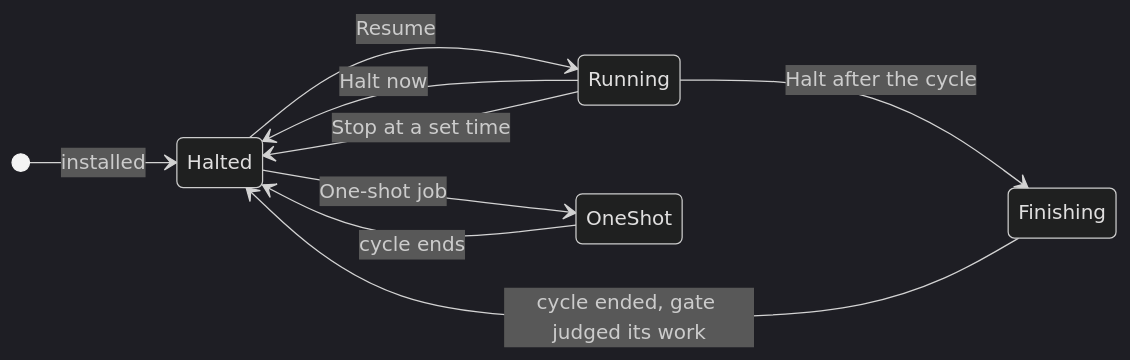
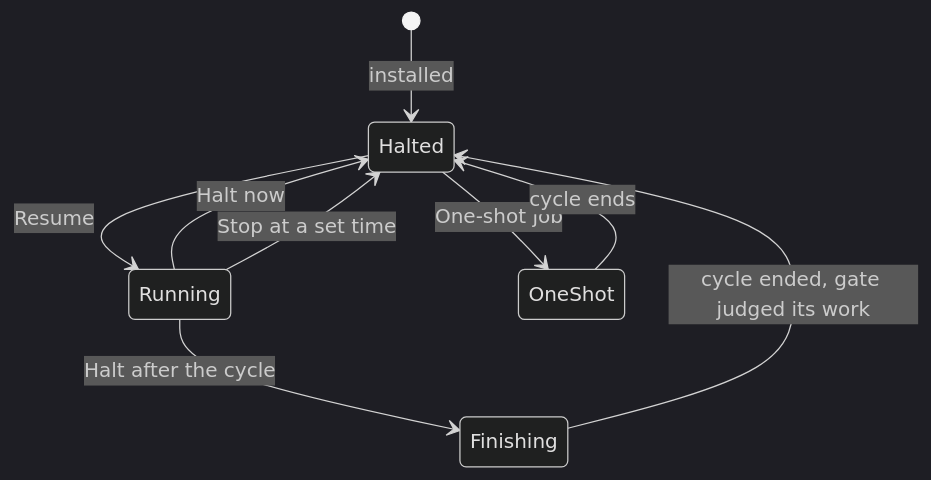
One commit to awall451/ziggurat changed the sixth of 7 diagrams in README.md. Above: the diagram before and after it, drawn with Mermaid (dark theme). The commit also changed other lines of this file, not shown here.

First line of the commit message:
README: diagrams that read well in GitHub's dark and light themes

````diff
--- a/README.md
+++ b/README.md
@@ -241,12 +234,11 @@
 ```mermaid
 stateDiagram-v2
-    direction LR
     [*] --> Halted: installed
     Halted --> Running: Resume
     Halted --> OneShot: One-shot job
     OneShot --> Halted: cycle ends
     Running --> Halted: Halt now
     Running --> Finishing: Halt after the cycle
     Finishing --> Halted: cycle ended, gate judged its work
     Running --> Halted: Stop at a set time
 ```
````
